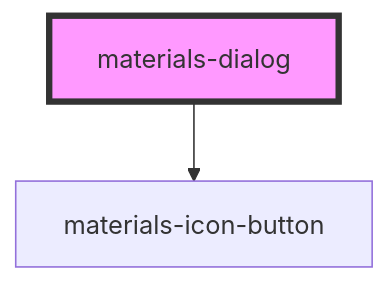
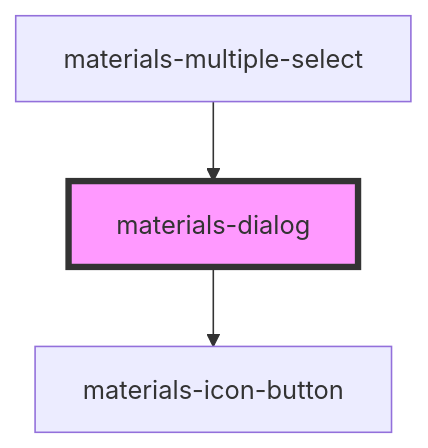
Before and after one commit to GMV-centravet/materials-elements: the diagram in packages/materials/src/components/dialog/readme.md, drawn with Mermaid. The commit also changed other lines of this file and 6 other files, not shown here.

````diff
--- a/packages/materials/src/components/dialog/readme.md
+++ b/packages/materials/src/components/dialog/readme.md
@@ -91,5 +95,6 @@
 ```mermaid
 graph TD;
   materials-dialog --> materials-icon-button
+  materials-multiple-select --> materials-dialog
   style materials-dialog fill:#f9f,stroke:#333,stroke-width:4px
 ```
````
